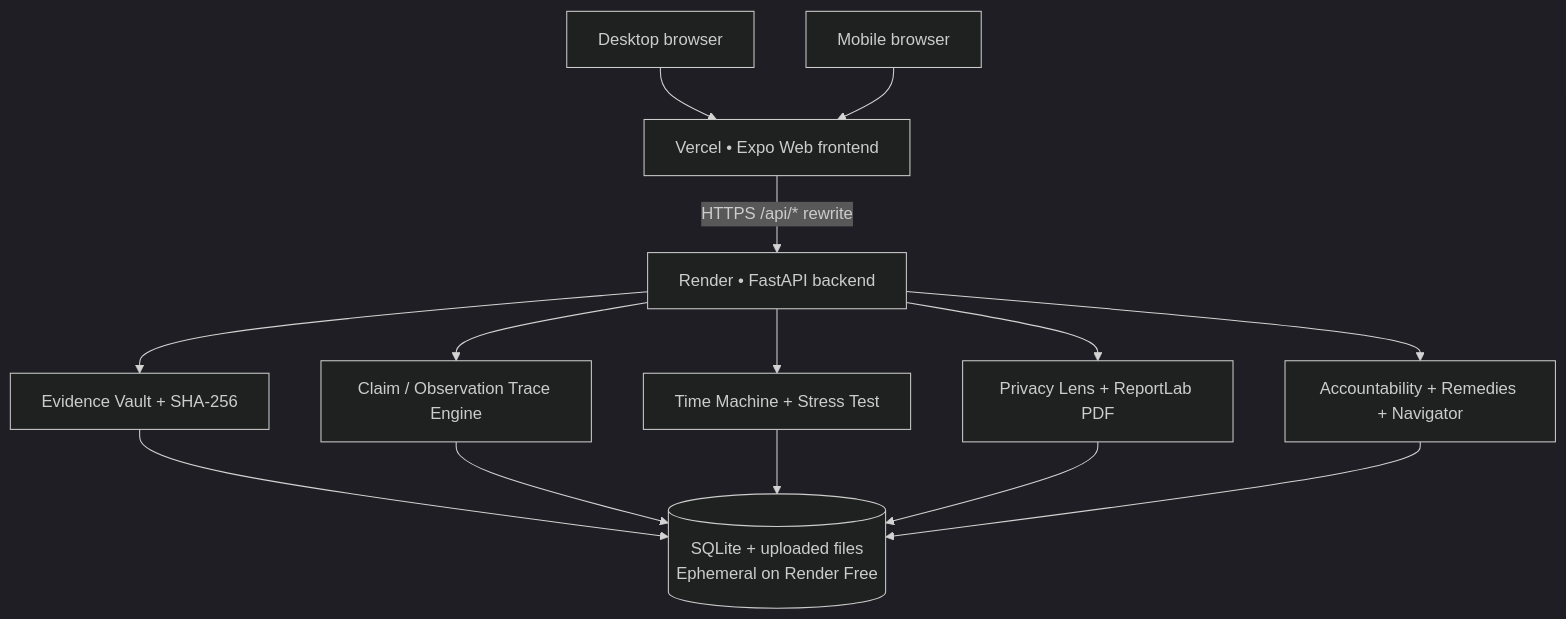
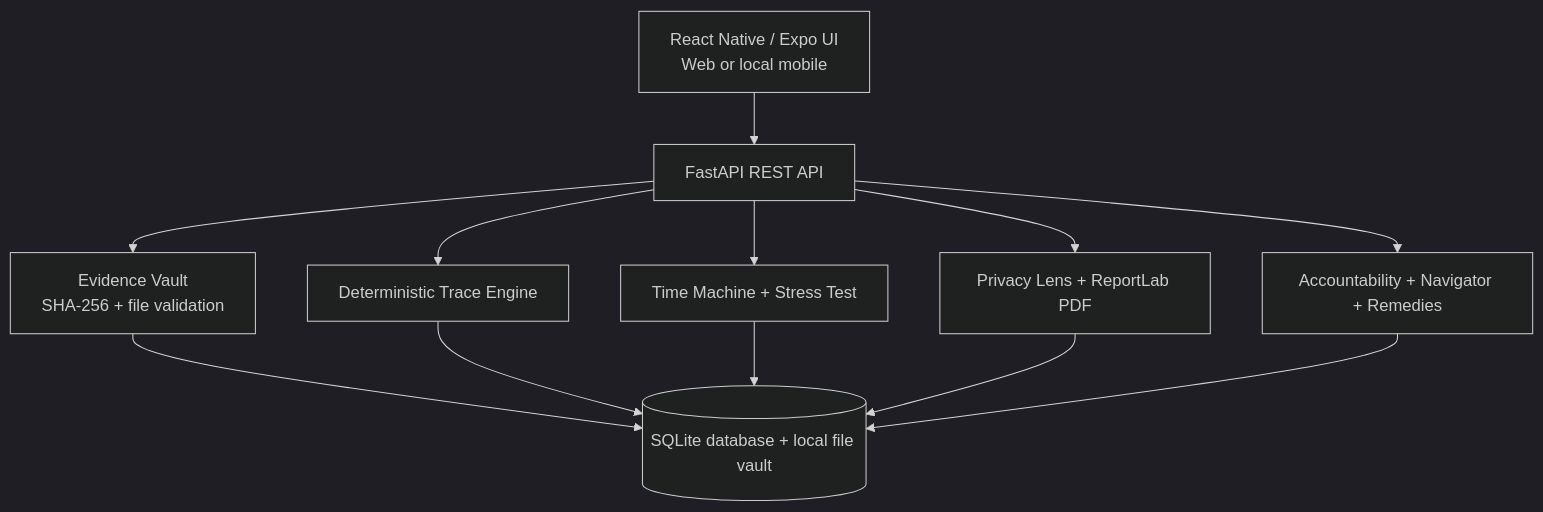
The first of 3 diagrams in README.md (bh00mi-11/ProofPATH), drawn with Mermaid (dark theme) before and after one commit. The commit also changed other lines of this file, not shown here.

Commit message:
Focus README on local MVP, concise features, Mermaid architecture and scenario

````diff
--- a/README.md
+++ b/README.md
@@ -189,16 +41,14 @@
 ```mermaid
-flowchart TB
-    A["Desktop browser"] --> C["Vercel • Expo Web frontend"]
-    B["Mobile browser"] --> C
-    C -->|"HTTPS /api/* rewrite"| D["Render • FastAPI backend"]
-    D --> E["Evidence Vault + SHA-256"]
-    D --> F["Claim / Observation Trace Engine"]
-    D --> G["Time Machine + Stress Test"]
-    D --> H["Privacy Lens + ReportLab PDF"]
-    D --> I["Accountability + Remedies + Navigator"]
-    E --> J[("SQLite + uploaded files<br/>Ephemeral on Render Free")]
-    F --> J
-    G --> J
-    H --> J
-    I --> J
+flowchart TD
+    U["React Native / Expo UI<br/>Web or local mobile"] --> R["FastAPI REST API"]
+    R --> V["Evidence Vault<br/>SHA-256 + file validation"]
+    R --> T["Deterministic Trace Engine"]
+    R --> S["Time Machine + Stress Test"]
+    R --> P["Privacy Lens + ReportLab PDF"]
+    R --> A["Accountability + Navigator + Remedies"]
+    V --> D[("SQLite database + local file vault")]
+    T --> D
+    S --> D
+    P --> D
+    A --> D
 ```
````
